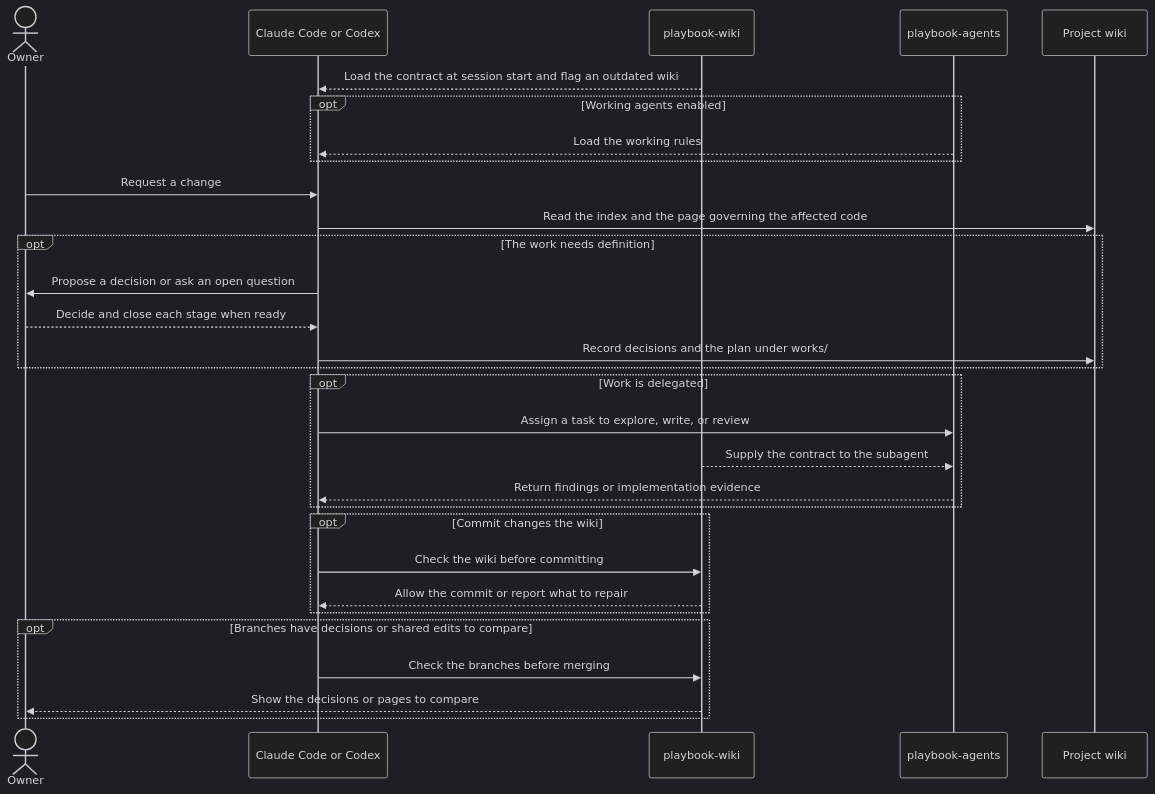
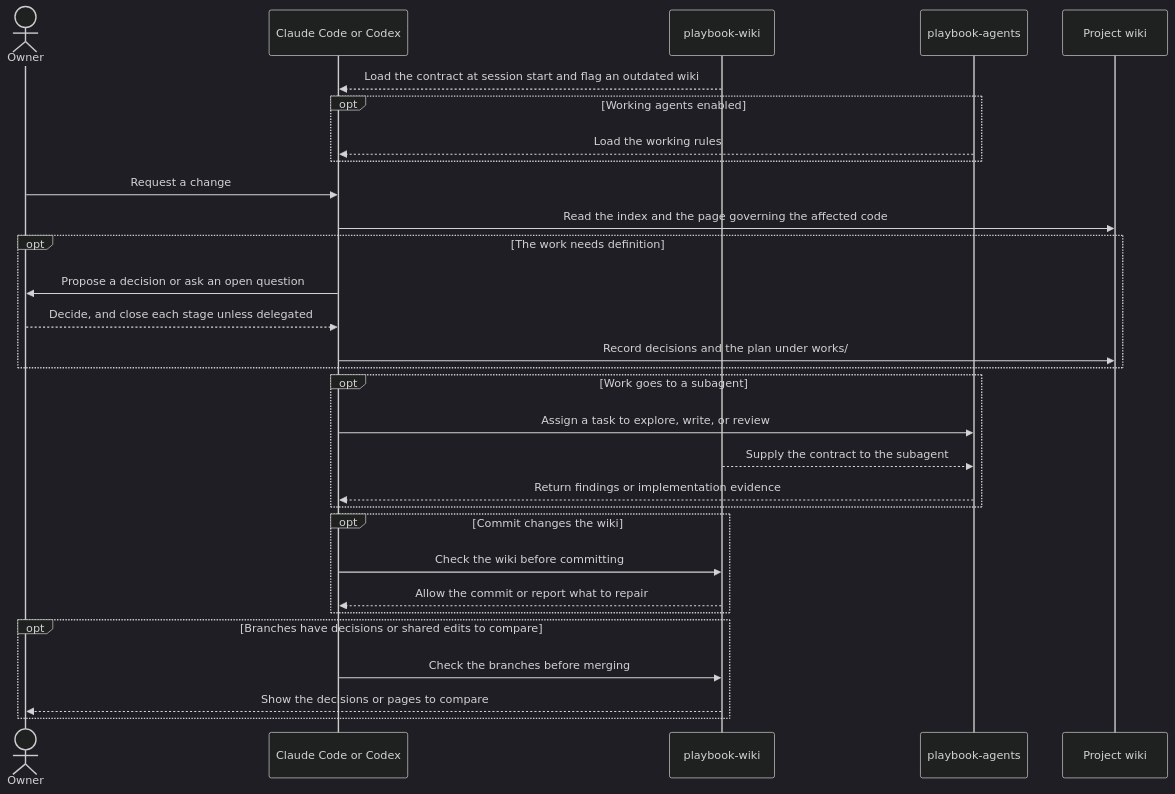
Before and after one commit to andresfrei/playbook: the second of 2 diagrams in README.md, drawn with Mermaid (dark theme). The commit also changed other lines of this file and 3 other files, not shown here.

````diff
--- a/README.md
+++ b/README.md
@@ -62,32 +63,32 @@
 ```mermaid
 sequenceDiagram
     actor Owner
     participant Agent as Claude Code or Codex
     participant W as playbook-wiki
     participant A as playbook-agents
     participant Repo as Project wiki
     W-->>Agent: Load the contract at session start and flag an outdated wiki
     opt Working agents enabled
         A-->>Agent: Load the working rules
     end
     Owner->>Agent: Request a change
     Agent->>Repo: Read the index and the page governing the affected code
     opt The work needs definition
         Agent->>Owner: Propose a decision or ask an open question
-        Owner-->>Agent: Decide and close each stage when ready
+        Owner-->>Agent: Decide, and close each stage unless delegated
         Agent->>Repo: Record decisions and the plan under works/
     end
-    opt Work is delegated
+    opt Work goes to a subagent
         Agent->>A: Assign a task to explore, write, or review
         W-->>A: Supply the contract to the subagent
         A-->>Agent: Return findings or implementation evidence
     end
     opt Commit changes the wiki
         Agent->>W: Check the wiki before committing
         W-->>Agent: Allow the commit or report what to repair
     end
     opt Branches have decisions or shared edits to compare
         Agent->>W: Check the branches before merging
         W-->>Owner: Show the decisions or pages to compare
     end
 ```
````
